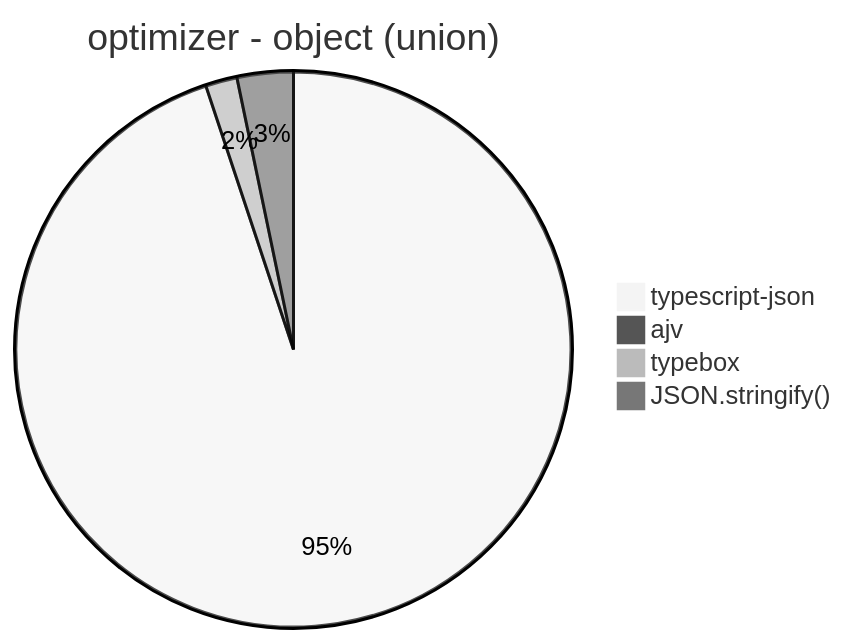
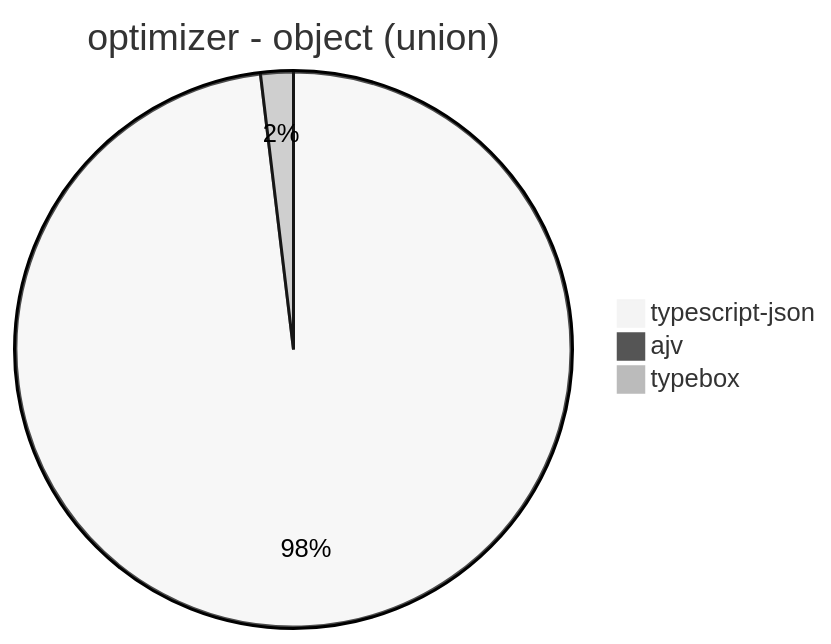
Diagram 27 of 39 in benchmark/results/AMD Ryzen 7 5800H with Radeon Graphics.md (samchon/typia), drawn with Mermaid (neutral theme) before and after one commit. The commit also changed other lines of this file and 21 other files, not shown here.

````diff
--- a/benchmark/results/AMD Ryzen 7 5800H with Radeon Graphics.md
+++ b/benchmark/results/AMD Ryzen 7 5800H with Radeon Graphics.md
@@ -337,7 +335,6 @@
 ```mermaid
 pie title optimizer - object (union)
   "typescript-json": 13988.087016574586
   "ajv": 4.929706043454446
   "typebox": 271.06895293688433
-  "JSON.stringify()": 481.4115870919041
 ```
````
